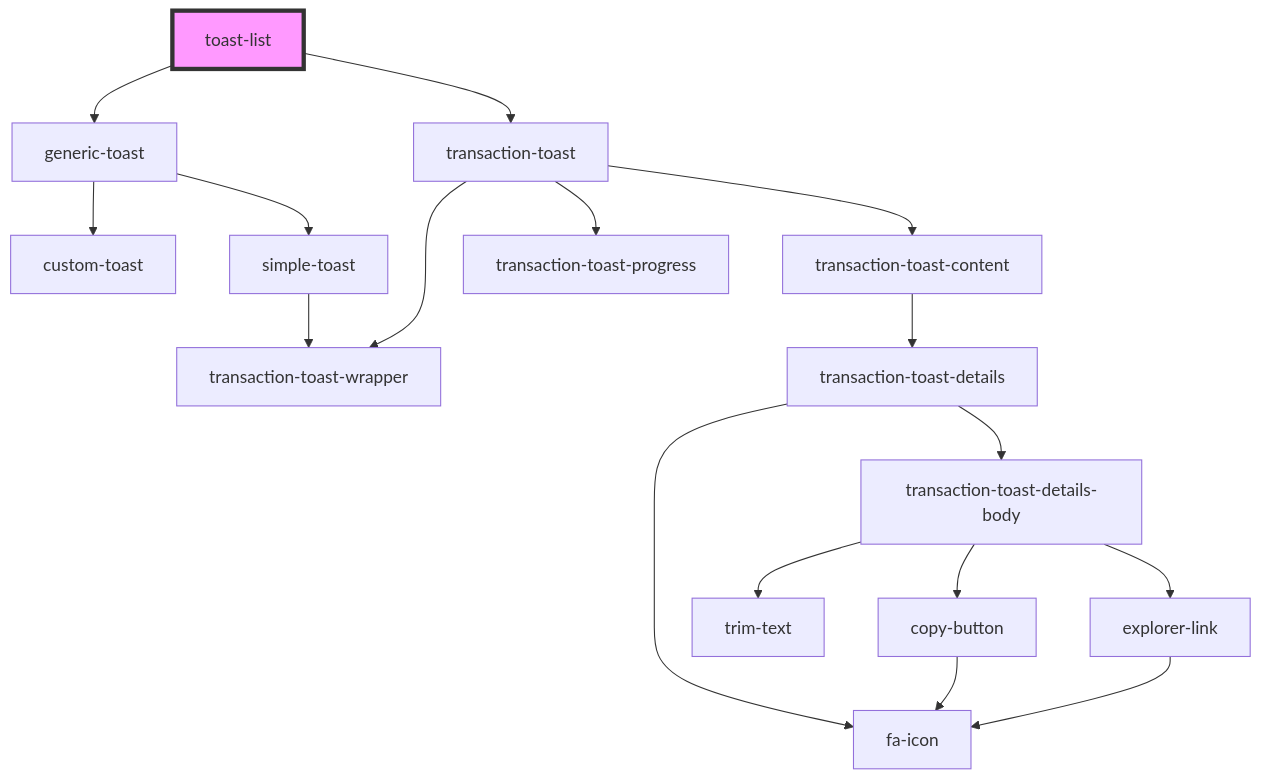
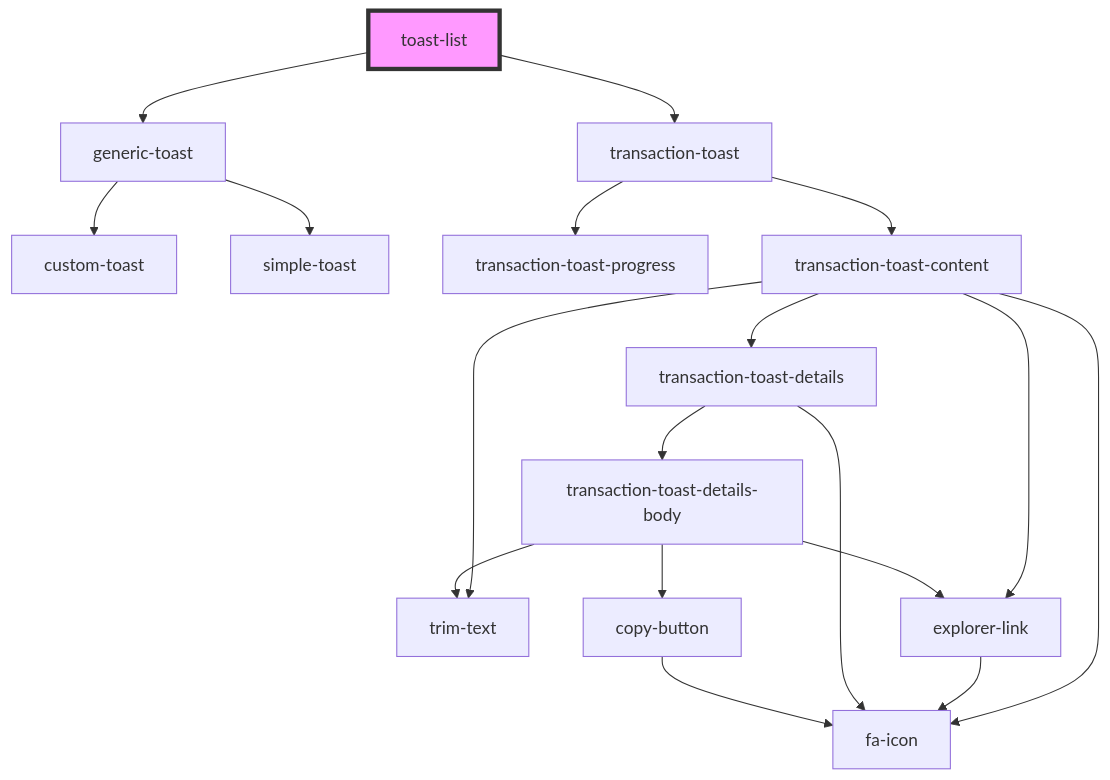
One commit to multiversx/mx-sdk-dapp-ui changed the diagram in src/components/functional/toasts-list/readme.md. Above: the diagram before and after it, drawn with Mermaid. The commit also changed 62 other files, not shown here.

````diff
--- a/src/components/functional/toasts-list/readme.md
+++ b/src/components/functional/toasts-list/readme.md
@@ -35,20 +35,21 @@
 ```mermaid
 graph TD;
   toast-list --> generic-toast
   toast-list --> transaction-toast
   generic-toast --> custom-toast
   generic-toast --> simple-toast
-  simple-toast --> transaction-toast-wrapper
-  transaction-toast --> transaction-toast-wrapper
   transaction-toast --> transaction-toast-progress
   transaction-toast --> transaction-toast-content
+  transaction-toast-content --> fa-icon
+  transaction-toast-content --> trim-text
+  transaction-toast-content --> explorer-link
   transaction-toast-content --> transaction-toast-details
+  explorer-link --> fa-icon
   transaction-toast-details --> fa-icon
   transaction-toast-details --> transaction-toast-details-body
   transaction-toast-details-body --> trim-text
+  transaction-toast-details-body --> explorer-link
   transaction-toast-details-body --> copy-button
-  transaction-toast-details-body --> explorer-link
   copy-button --> fa-icon
-  explorer-link --> fa-icon
   style toast-list fill:#f9f,stroke:#333,stroke-width:4px
 ```
````
